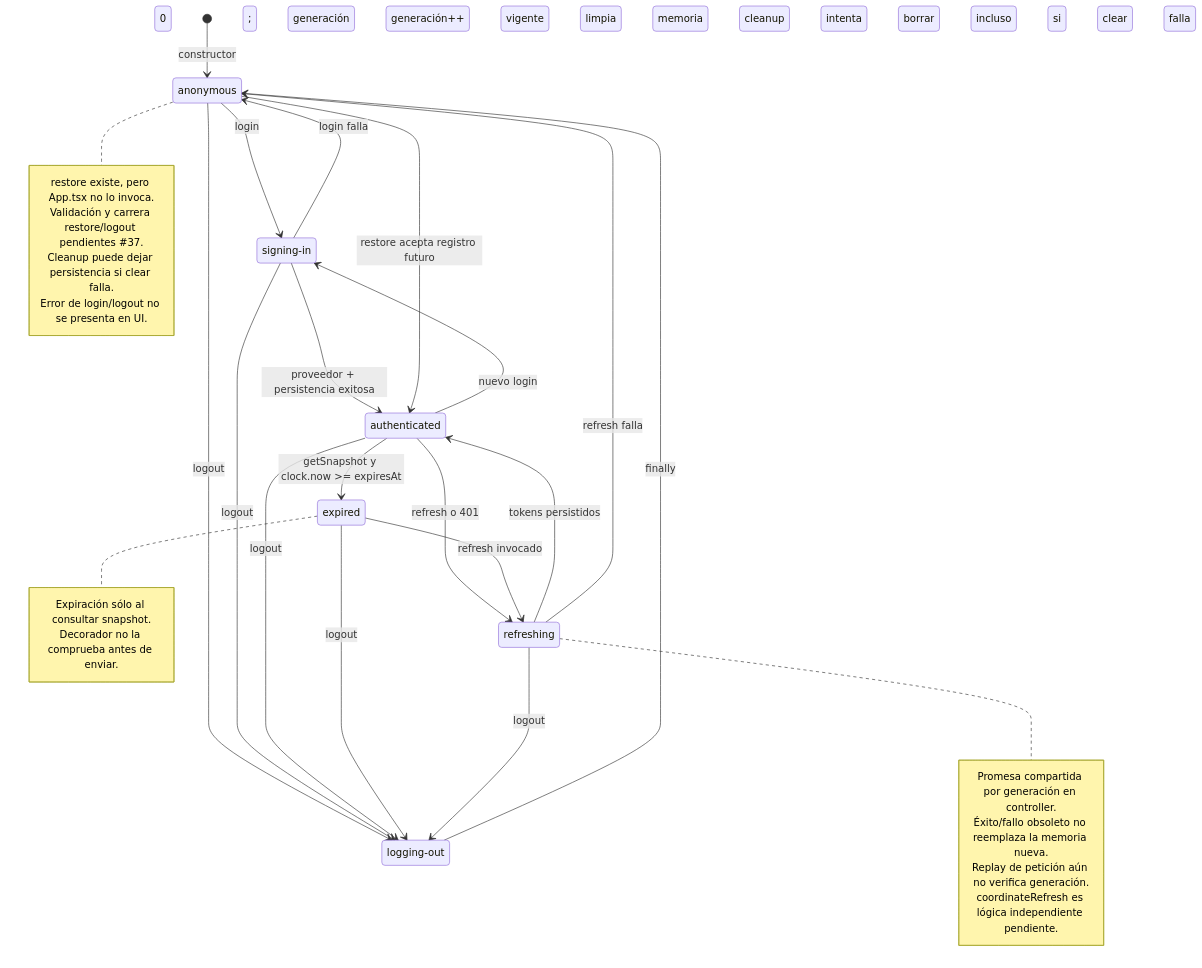
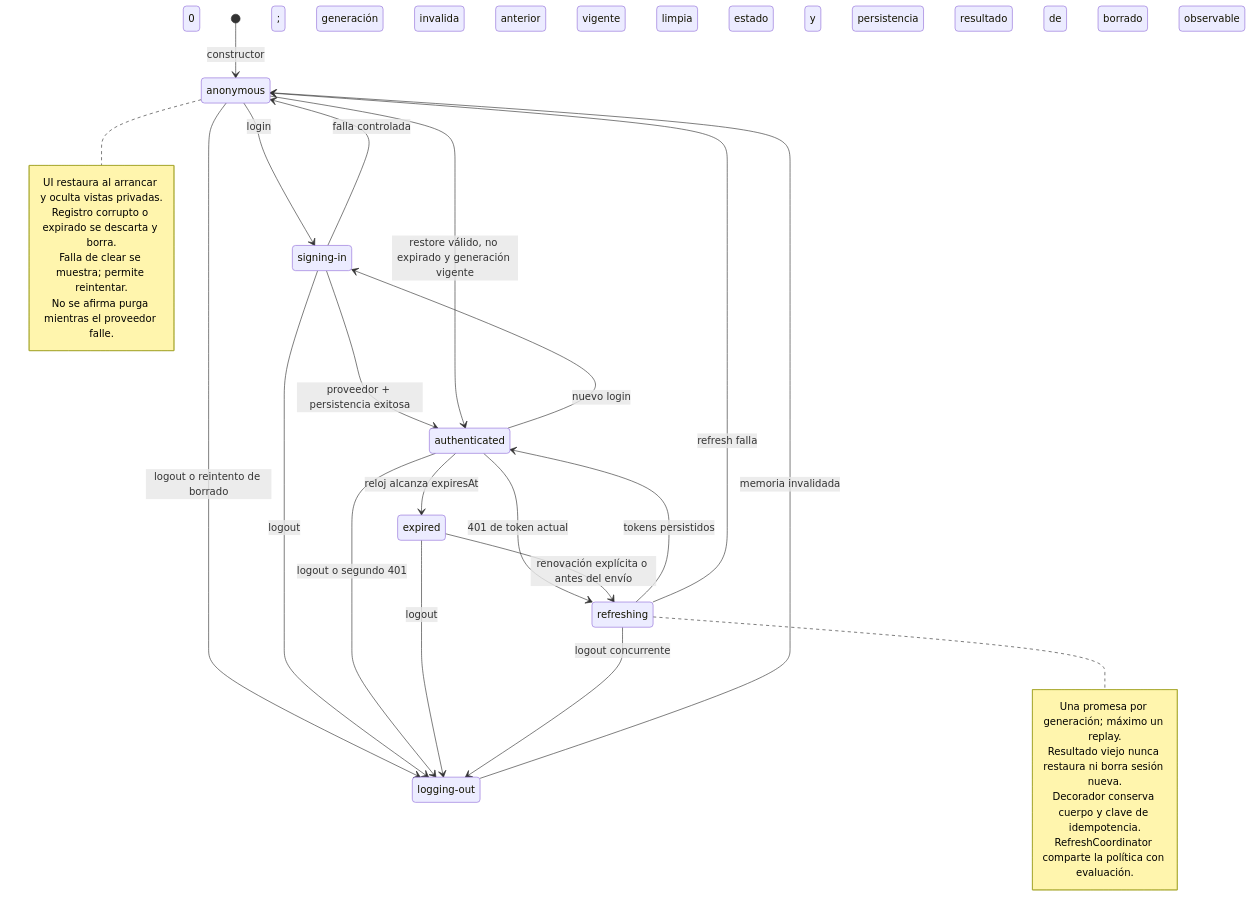
Before and after one commit to Draggodeidad/campusops-dmi-team: the diagram in docs/session-state-machine.mmd, drawn with Mermaid. The commit also changed 25 other files, not shown here.

```diff
--- a/docs/session-state-machine.mmd
+++ b/docs/session-state-machine.mmd
@@ -1,37 +1,32 @@
 stateDiagram-v2
     [*] --> anonymous: constructor; generación 0
-    anonymous --> signing_in: login; generación++
-    authenticated --> signing_in: nuevo login; generación++
+    anonymous --> signing_in: login; invalida generación anterior
+    authenticated --> signing_in: nuevo login; invalida generación anterior
     signing_in --> authenticated: proveedor + persistencia exitosa; generación vigente
-    signing_in --> anonymous: login falla; limpia memoria
-    authenticated --> expired: getSnapshot y clock.now >= expiresAt
-    authenticated --> refreshing: refresh o 401
-    expired --> refreshing: refresh invocado
+    signing_in --> anonymous: falla controlada; limpia estado y persistencia
+    authenticated --> expired: reloj alcanza expiresAt
+    authenticated --> refreshing: 401 de token actual
+    expired --> refreshing: renovación explícita o antes del envío
     refreshing --> authenticated: tokens persistidos; generación vigente
-    refreshing --> anonymous: refresh falla; cleanup intenta borrar
-    anonymous --> authenticated: restore acepta registro futuro
-    anonymous --> logging_out: logout; generación++
-    signing_in --> logging_out: logout; generación++
-    authenticated --> logging_out: logout; generación++
-    expired --> logging_out: logout; generación++
-    refreshing --> logging_out: logout; generación++
-    logging_out --> anonymous: finally; incluso si clear falla
-
+    refreshing --> anonymous: refresh falla; invalida generación y limpia
+    anonymous --> authenticated: restore válido, no expirado y generación vigente
+    anonymous --> logging_out: logout o reintento de borrado
+    signing_in --> logging_out: logout; invalida generación
+    authenticated --> logging_out: logout o segundo 401
+    expired --> logging_out: logout
+    refreshing --> logging_out: logout concurrente
+    logging_out --> anonymous: memoria invalidada; resultado de borrado observable
     state "signing-in" as signing_in
     state "logging-out" as logging_out
     note right of anonymous
-      restore existe, pero App.tsx no lo invoca.
-      Validación y carrera restore/logout pendientes #37.
-      Cleanup puede dejar persistencia si clear falla.
-      Error de login/logout no se presenta en UI.
-    end note
-    note right of expired
-      Expiración sólo al consultar snapshot.
-      Decorador no la comprueba antes de enviar.
+      UI restaura al arrancar y oculta vistas privadas.
+      Registro corrupto o expirado se descarta y borra.
+      Falla de clear se muestra; permite reintentar.
+      No se afirma purga mientras el proveedor falle.
     end note
     note right of refreshing
-      Promesa compartida por generación en controller.
-      Éxito/fallo obsoleto no reemplaza la memoria nueva.
-      Replay de petición aún no verifica generación.
-      coordinateRefresh es lógica independiente pendiente.
+      Una promesa por generación; máximo un replay.
+      Resultado viejo nunca restaura ni borra sesión nueva.
+      Decorador conserva cuerpo y clave de idempotencia.
+      RefreshCoordinator comparte la política con evaluación.
     end note
```
